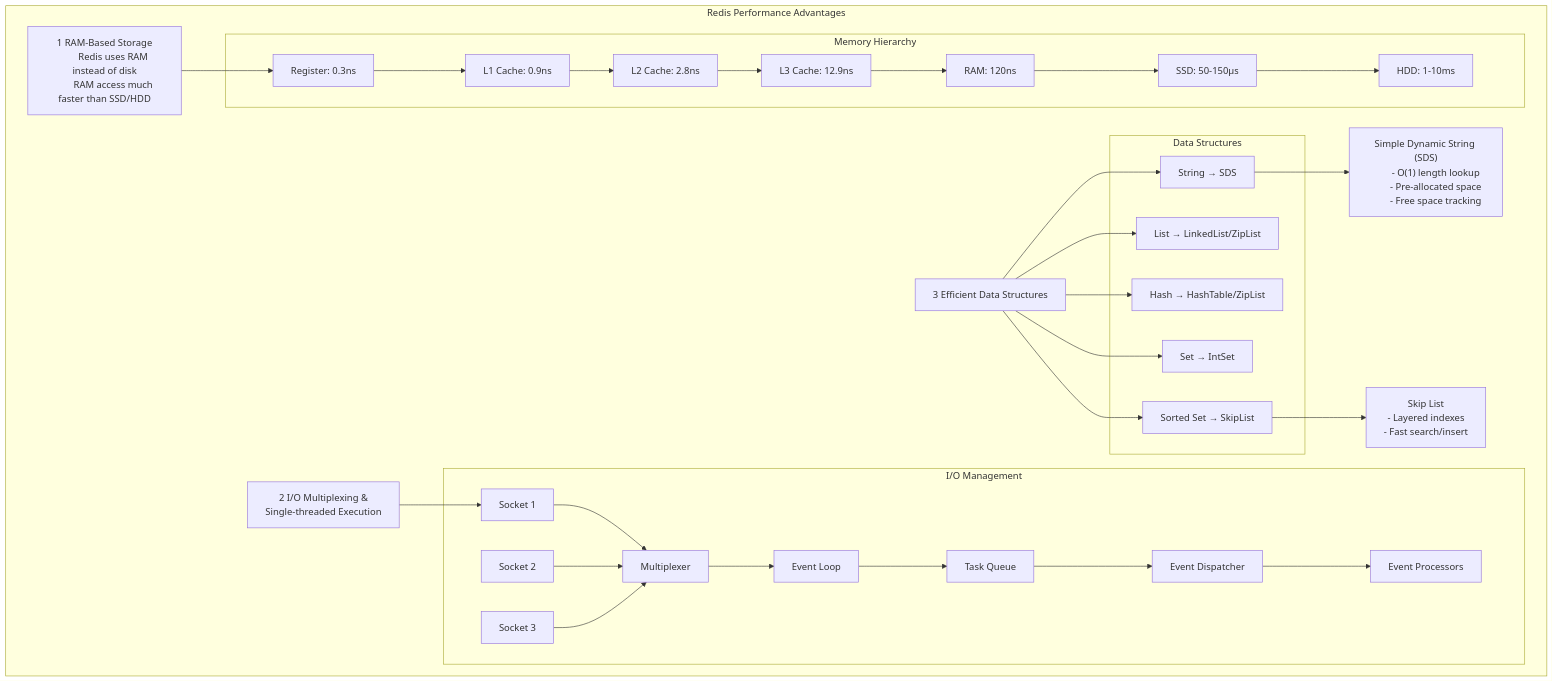
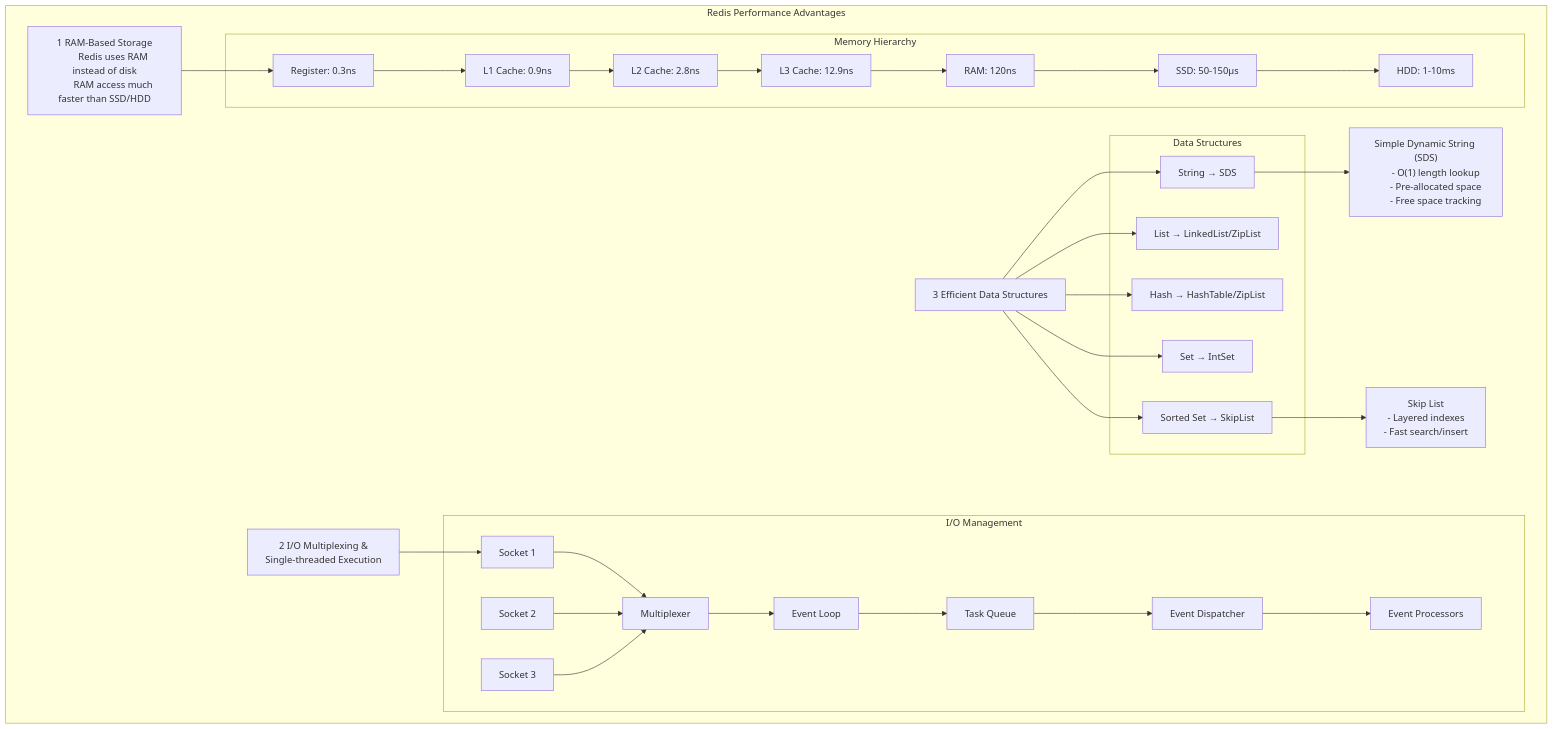
One commit to uwspstar/20-Day-Challenge-List changed the diagram in System Design/System Design Interview/为什么Redis如此快速.md. Above: the diagram before and after it, drawn with Mermaid.

```diff
--- a/System Design/System Design Interview/为什么Redis如此快速.md
+++ b/System Design/System Design Interview/为什么Redis如此快速.md
@@ -63,6 +63,9 @@
         MainMem --> SSD
         SSD --> HDD
 
+         Break1[" "]
+         style Break1 fill:none,stroke:none
+
         IO["2 I/O Multiplexing &
         Single-threaded Execution"]
         
@@ -84,6 +87,9 @@
         Dispatch --> Process
         
         IO --> Socket1
+
+         Break1[" "]
+         style Break1 fill:none,stroke:none
 
         DS["3 Efficient Data Structures"]
         
```
